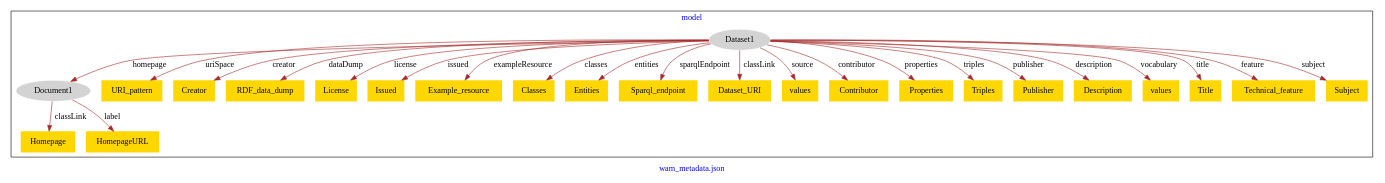
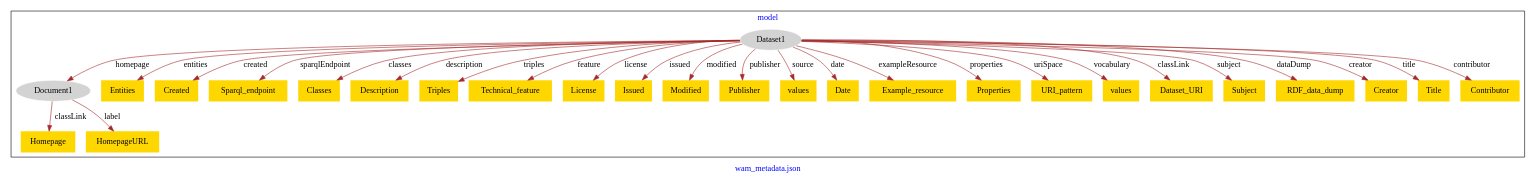
One commit to american-art/wam changed the diagram in WAM_AAC_VoIDDescription/WAM_Metadata-model.dot. Above: the diagram before and after it, drawn with Graphviz.

Commit message:
Update file WAM_Metadata-model.dot

```diff
--- a/WAM_AAC_VoIDDescription/WAM_Metadata-model.dot
+++ b/WAM_AAC_VoIDDescription/WAM_Metadata-model.dot
@@ -1,55 +1,61 @@
 digraph n0 {
 fontcolor="blue"
 remincross="true"
 label="wam_metadata.json"
 subgraph cluster {
 label="model"
 n2[style="filled",color="white",fillcolor="lightgray",label="Dataset1"];
 n3[style="filled",color="white",fillcolor="lightgray",label="Document1"];
-n4[shape="plaintext",style="filled",fillcolor="gold",label="URI_pattern"];
-n5[shape="plaintext",style="filled",fillcolor="gold",label="Creator"];
-n6[shape="plaintext",style="filled",fillcolor="gold",label="RDF_data_dump"];
-n7[shape="plaintext",style="filled",fillcolor="gold",label="License"];
-n8[shape="plaintext",style="filled",fillcolor="gold",label="Issued"];
-n9[shape="plaintext",style="filled",fillcolor="gold",label="Example_resource"];
-n10[shape="plaintext",style="filled",fillcolor="gold",label="Classes"];
-n11[shape="plaintext",style="filled",fillcolor="gold",label="Entities"];
-n12[shape="plaintext",style="filled",fillcolor="gold",label="Sparql_endpoint"];
-n13[shape="plaintext",style="filled",fillcolor="gold",label="Dataset_URI"];
-n14[shape="plaintext",style="filled",fillcolor="gold",label="Homepage"];
-n15[shape="plaintext",style="filled",fillcolor="gold",label="values"];
-n16[shape="plaintext",style="filled",fillcolor="gold",label="Contributor"];
-n17[shape="plaintext",style="filled",fillcolor="gold",label="Properties"];
-n18[shape="plaintext",style="filled",fillcolor="gold",label="Triples"];
-n19[shape="plaintext",style="filled",fillcolor="gold",label="Publisher"];
-n20[shape="plaintext",style="filled",fillcolor="gold",label="Description"];
+n4[shape="plaintext",style="filled",fillcolor="gold",label="Homepage"];
+n5[shape="plaintext",style="filled",fillcolor="gold",label="Entities"];
+n6[shape="plaintext",style="filled",fillcolor="gold",label="Created"];
+n7[shape="plaintext",style="filled",fillcolor="gold",label="Sparql_endpoint"];
+n8[shape="plaintext",style="filled",fillcolor="gold",label="Classes"];
+n9[shape="plaintext",style="filled",fillcolor="gold",label="Description"];
+n10[shape="plaintext",style="filled",fillcolor="gold",label="Triples"];
+n11[shape="plaintext",style="filled",fillcolor="gold",label="Technical_feature"];
+n12[shape="plaintext",style="filled",fillcolor="gold",label="License"];
+n13[shape="plaintext",style="filled",fillcolor="gold",label="Issued"];
+n14[shape="plaintext",style="filled",fillcolor="gold",label="Modified"];
+n15[shape="plaintext",style="filled",fillcolor="gold",label="Publisher"];
+n16[shape="plaintext",style="filled",fillcolor="gold",label="values"];
+n17[shape="plaintext",style="filled",fillcolor="gold",label="Date"];
+n18[shape="plaintext",style="filled",fillcolor="gold",label="Example_resource"];
+n19[shape="plaintext",style="filled",fillcolor="gold",label="Properties"];
+n20[shape="plaintext",style="filled",fillcolor="gold",label="URI_pattern"];
 n21[shape="plaintext",style="filled",fillcolor="gold",label="values"];
-n22[shape="plaintext",style="filled",fillcolor="gold",label="Title"];
-n23[shape="plaintext",style="filled",fillcolor="gold",label="Technical_feature"];
-n24[shape="plaintext",style="filled",fillcolor="gold",label="HomepageURL"];
-n25[shape="plaintext",style="filled",fillcolor="gold",label="Subject"];
+n22[shape="plaintext",style="filled",fillcolor="gold",label="Dataset_URI"];
+n23[shape="plaintext",style="filled",fillcolor="gold",label="Subject"];
+n24[shape="plaintext",style="filled",fillcolor="gold",label="RDF_data_dump"];
+n25[shape="plaintext",style="filled",fillcolor="gold",label="Creator"];
+n26[shape="plaintext",style="filled",fillcolor="gold",label="Title"];
+n27[shape="plaintext",style="filled",fillcolor="gold",label="HomepageURL"];
+n28[shape="plaintext",style="filled",fillcolor="gold",label="Contributor"];
 }
 n2 -> n3[color="brown",fontcolor="black",label="homepage"]
-n2 -> n4[color="brown",fontcolor="black",label="uriSpace"]
-n2 -> n5[color="brown",fontcolor="black",label="creator"]
-n2 -> n6[color="brown",fontcolor="black",label="dataDump"]
-n2 -> n7[color="brown",fontcolor="black",label="license"]
-n2 -> n8[color="brown",fontcolor="black",label="issued"]
-n2 -> n9[color="brown",fontcolor="black",label="exampleResource"]
-n2 -> n10[color="brown",fontcolor="black",label="classes"]
-n2 -> n11[color="brown",fontcolor="black",label="entities"]
-n2 -> n12[color="brown",fontcolor="black",label="sparqlEndpoint"]
-n2 -> n13[color="brown",fontcolor="black",label="classLink"]
-n3 -> n14[color="brown",fontcolor="black",label="classLink"]
-n2 -> n15[color="brown",fontcolor="black",label="source"]
-n2 -> n16[color="brown",fontcolor="black",label="contributor"]
-n2 -> n17[color="brown",fontcolor="black",label="properties"]
-n2 -> n18[color="brown",fontcolor="black",label="triples"]
-n2 -> n19[color="brown",fontcolor="black",label="publisher"]
-n2 -> n20[color="brown",fontcolor="black",label="description"]
+n3 -> n4[color="brown",fontcolor="black",label="classLink"]
+n2 -> n5[color="brown",fontcolor="black",label="entities"]
+n2 -> n6[color="brown",fontcolor="black",label="created"]
+n2 -> n7[color="brown",fontcolor="black",label="sparqlEndpoint"]
+n2 -> n8[color="brown",fontcolor="black",label="classes"]
+n2 -> n9[color="brown",fontcolor="black",label="description"]
+n2 -> n10[color="brown",fontcolor="black",label="triples"]
+n2 -> n11[color="brown",fontcolor="black",label="feature"]
+n2 -> n12[color="brown",fontcolor="black",label="license"]
+n2 -> n13[color="brown",fontcolor="black",label="issued"]
+n2 -> n14[color="brown",fontcolor="black",label="modified"]
+n2 -> n15[color="brown",fontcolor="black",label="publisher"]
+n2 -> n16[color="brown",fontcolor="black",label="source"]
+n2 -> n17[color="brown",fontcolor="black",label="date"]
+n2 -> n18[color="brown",fontcolor="black",label="exampleResource"]
+n2 -> n19[color="brown",fontcolor="black",label="properties"]
+n2 -> n20[color="brown",fontcolor="black",label="uriSpace"]
 n2 -> n21[color="brown",fontcolor="black",label="vocabulary"]
-n2 -> n22[color="brown",fontcolor="black",label="title"]
-n2 -> n23[color="brown",fontcolor="black",label="feature"]
-n3 -> n24[color="brown",fontcolor="black",label="label"]
-n2 -> n25[color="brown",fontcolor="black",label="subject"]
+n2 -> n22[color="brown",fontcolor="black",label="classLink"]
+n2 -> n23[color="brown",fontcolor="black",label="subject"]
+n2 -> n24[color="brown",fontcolor="black",label="dataDump"]
+n2 -> n25[color="brown",fontcolor="black",label="creator"]
+n2 -> n26[color="brown",fontcolor="black",label="title"]
+n3 -> n27[color="brown",fontcolor="black",label="label"]
+n2 -> n28[color="brown",fontcolor="black",label="contributor"]
 }
```
